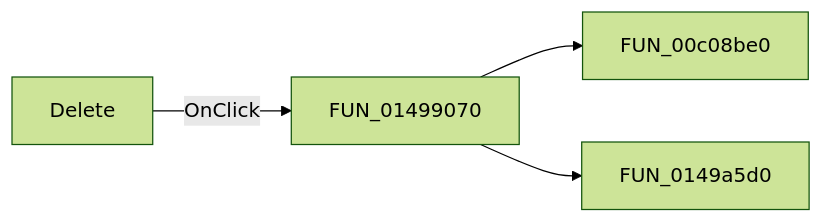
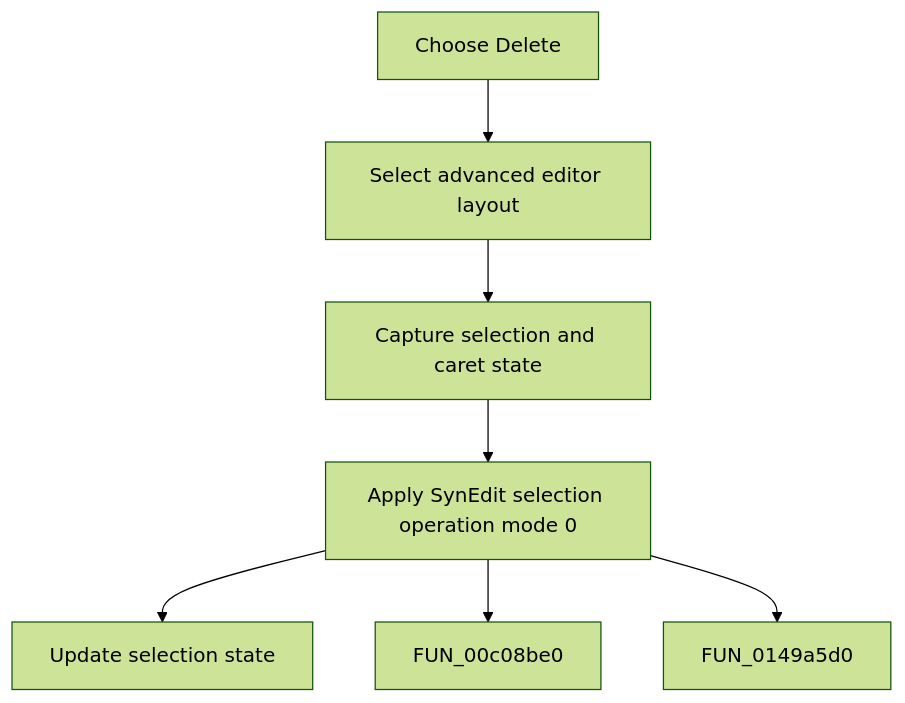
One commit to MovGP0/TIARA changed the diagram in docs/ui-controls/frmdesigntool/midelete-95b964bd5c.md. Above: the diagram before and after it, drawn with Mermaid (forest theme). The commit also changed other lines of this file and 387 other files, not shown here.

````diff
--- a/docs/ui-controls/frmdesigntool/midelete-95b964bd5c.md
+++ b/docs/ui-controls/frmdesigntool/midelete-95b964bd5c.md
@@ -27,6 +27,9 @@
 ```mermaid
-flowchart LR
-    control["Delete"] -->|OnClick| handler["FUN_01499070"]
+flowchart TD
+    control["Choose Delete"] --> expand["Select advanced editor layout"]
+    expand --> capture["Capture selection and caret state"]
+    capture --> handler["Apply SynEdit selection operation mode 0"]
+    handler --> update["Update selection state"]
     handler --> call1["FUN_00c08be0"]
     handler --> call2["FUN_0149a5d0"]
 ```
````
